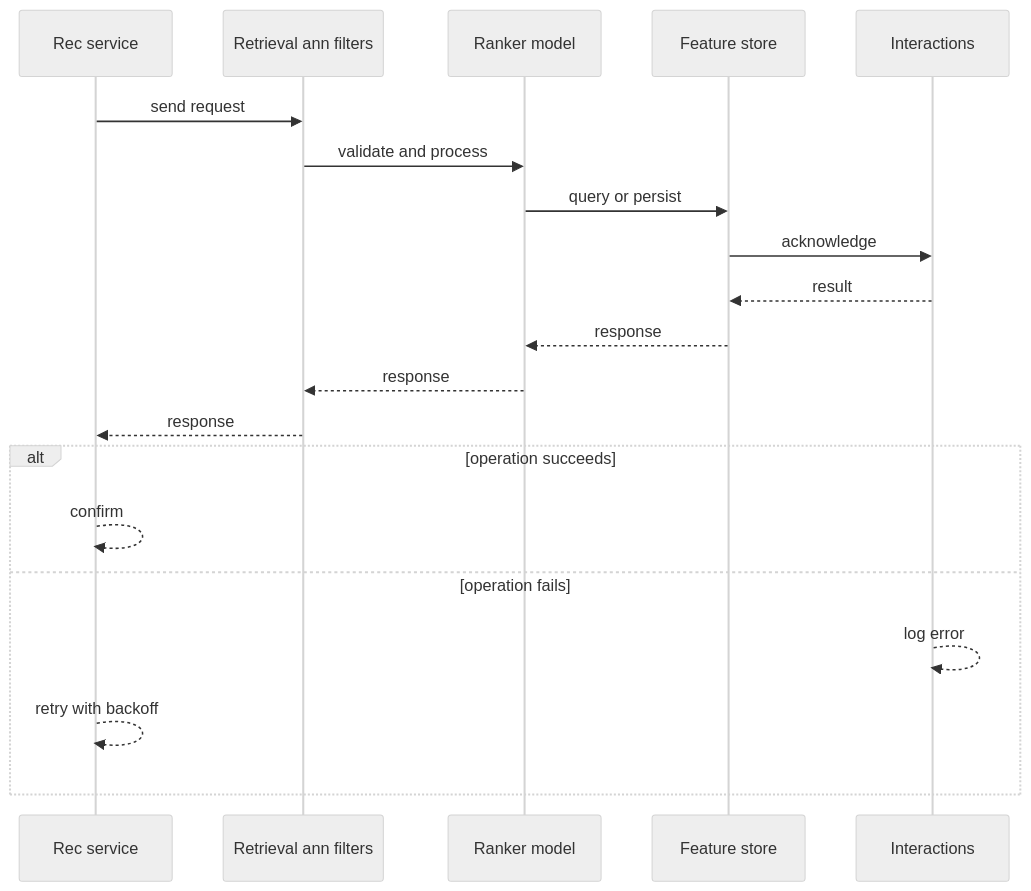
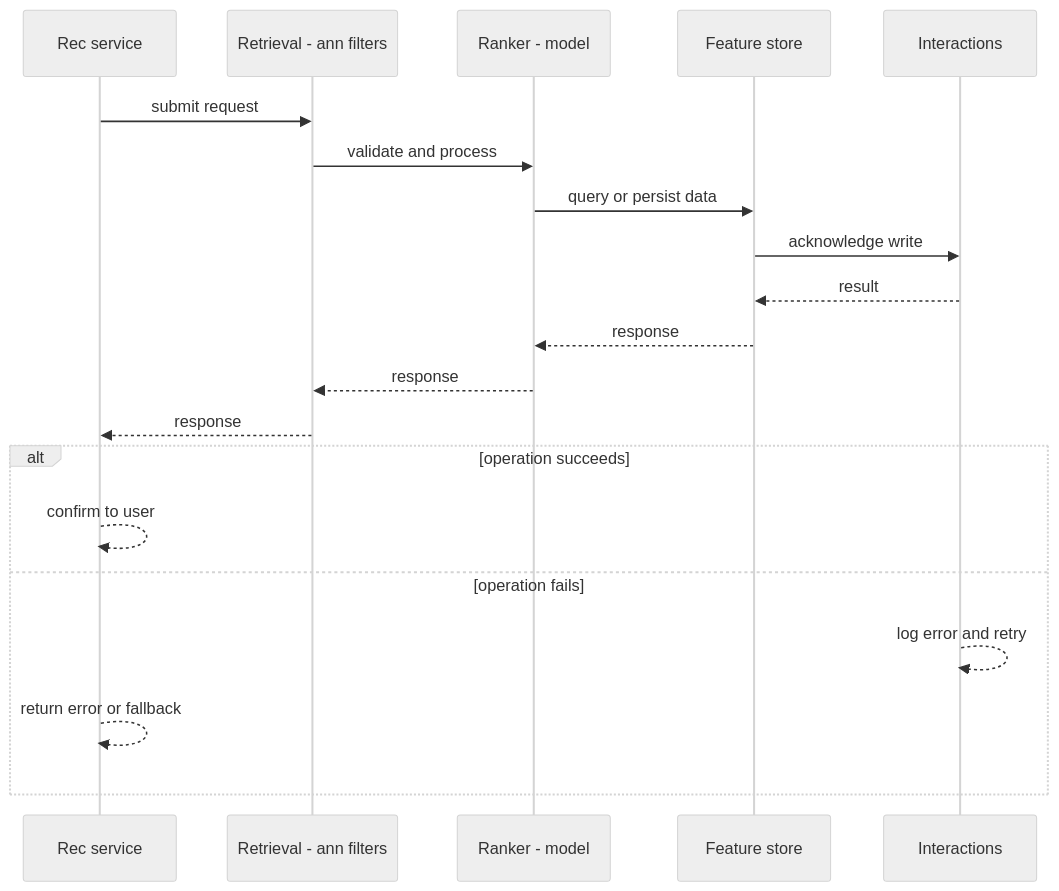
Before and after one commit to RIT-MESH/system-design-mastery: the second of 4 diagrams in case-studies/advanced/recommendation-engine.md, drawn with Mermaid (neutral theme). The commit also changed other lines of this file and 127 other files, not shown here.

First line of the commit message:
Improve all case study diagrams: case-specific sequences, fix truncated labels

````diff
--- a/case-studies/advanced/recommendation-engine.md
+++ b/case-studies/advanced/recommendation-engine.md
@@ -73,23 +73,23 @@
 ```mermaid
 %% created-for: system-design-mastery
 sequenceDiagram
-  participant C0 as Rec service
-  participant C1 as Retrieval ann filters
-  participant C2 as Ranker model
-  participant C3 as Feature store
-  participant C4 as Interactions
-  C0 ->> C1: send request
-  C1 ->> C2: validate and process
-  C2 ->> C3: query or persist
-  C3 ->> C4: acknowledge
-  C4 -->> C3: result
-  C3 -->> C2: response
-  C2 -->> C1: response
-  C1 -->> C0: response
+  participant P0 as Rec service
+  participant P1 as Retrieval - ann filters
+  participant P2 as Ranker - model
+  participant P3 as Feature store
+  participant P4 as Interactions
+  P0 ->> P1: submit request
+  P1 ->> P2: validate and process
+  P2 ->> P3: query or persist data
+  P3 ->> P4: acknowledge write
+  P4 -->> P3: result
+  P3 -->> P2: response
+  P2 -->> P1: response
+  P1 -->> P0: response
   alt operation succeeds
-    C0 -->> C0: confirm
+    P0 -->> P0: confirm to user
   else operation fails
-    C4 -->> C4: log error
-    C0 -->> C0: retry with backoff
+    P4 -->> P4: log error and retry
+    P0 -->> P0: return error or fallback
   end
 ```
````
